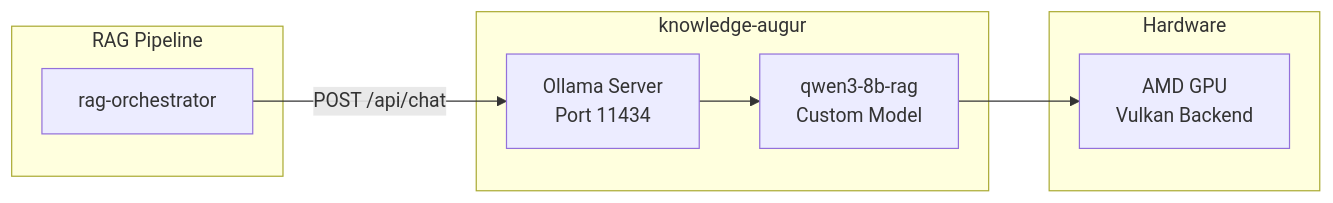
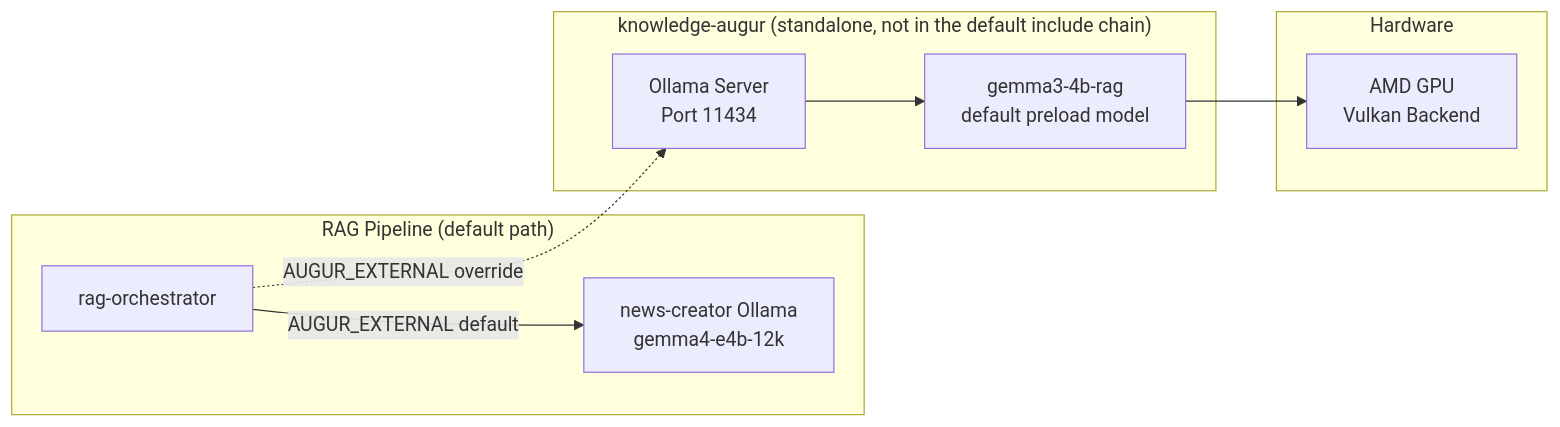
The diagram in docs/services/knowledge-augur.md (Kaikei-e/Alt), drawn with Mermaid before and after one commit. The commit also changed other lines of this file and 76 other files, not shown here.

````diff
--- a/docs/services/knowledge-augur.md
+++ b/docs/services/knowledge-augur.md
@@ -16,19 +18,19 @@
 ```mermaid
 flowchart LR
-    subgraph RAG Pipeline
-        RagOrch[rag-orchestrator]
+    subgraph "RAG Pipeline (default path)"
+        RagOrch[rag-orchestrator] -->|AUGUR_EXTERNAL default| NewsCreator[news-creator Ollama<br/>gemma4-e4b-12k]
     end
 
-    subgraph knowledge-augur
+    subgraph "knowledge-augur (standalone, not in the default include chain)"
         Ollama[Ollama Server<br/>Port 11434]
-        Model[qwen3-8b-rag<br/>Custom Model]
+        Model[gemma3-4b-rag<br/>default preload model]
     end
 
     subgraph Hardware
         GPU[AMD GPU<br/>Vulkan Backend]
     end
 
-    RagOrch -->|POST /api/chat| Ollama
+    RagOrch -.->|"AUGUR_EXTERNAL override"| Ollama
     Ollama --> Model
     Model --> GPU
 ```
````
